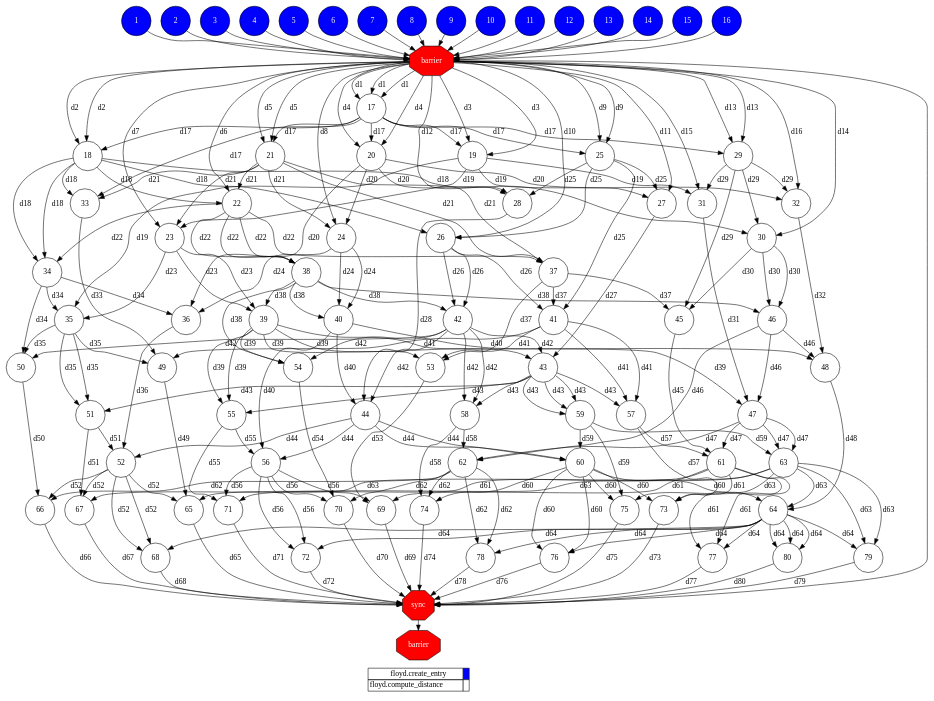
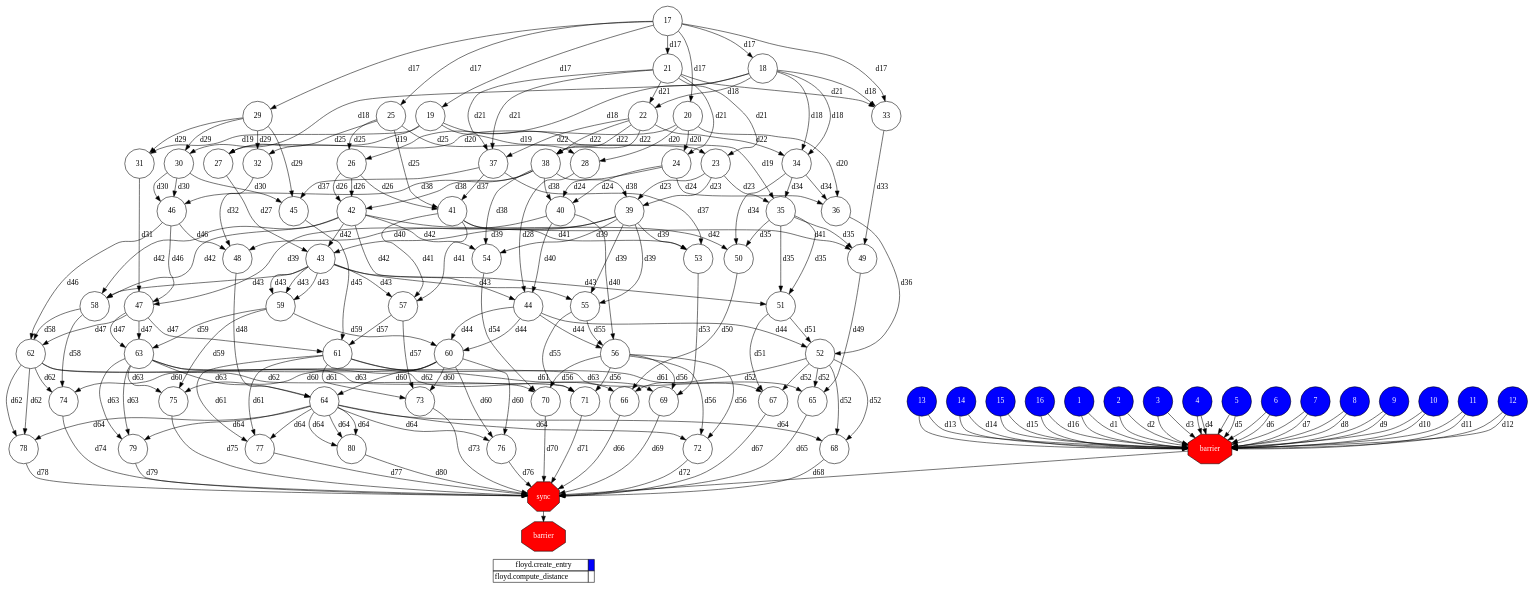
Before and after one commit to cristianrcv/pycompss-autoparallel: the diagram in examples/floyd/userparallel/results/local/complete_graph.dot, drawn with Graphviz. The commit also changed 12 other files, not shown here.

Commit message:
Add result checker on debug mode. Update graph and traces

```diff
--- a/examples/floyd/userparallel/results/local/complete_graph.dot
+++ b/examples/floyd/userparallel/results/local/complete_graph.dot
@@ -22,84 +22,76 @@
 15[shape=circle, style=filled fillcolor="#0000ff" fontcolor="#ffffff"];
 16[shape=circle, style=filled fillcolor="#0000ff" fontcolor="#ffffff"];
 Synchro1[label="barrier", shape=octagon, style=filled fillcolor="#ff0000" fontcolor="#FFFFFF"];
+13 -> Synchro1;
+10 -> Synchro1;
+9 -> Synchro1;
+4 -> Synchro1;
+2 -> Synchro1;
+16 -> Synchro1;
+1 -> Synchro1;
+7 -> Synchro1;
+3 -> Synchro1;
+11 -> Synchro1;
 6 -> Synchro1;
-11 -> Synchro1;
-3 -> Synchro1;
+8 -> Synchro1;
+15 -> Synchro1;
+5 -> Synchro1;
+12 -> Synchro1;
 14 -> Synchro1;
-4 -> Synchro1;
-16 -> Synchro1;
-2 -> Synchro1;
-5 -> Synchro1;
-7 -> Synchro1;
-1 -> Synchro1;
-15 -> Synchro1;
-10 -> Synchro1;
-13 -> Synchro1;
-8 -> Synchro1;
-9 -> Synchro1;
-12 -> Synchro1;
+1 -> Synchro1[ label="d1" ];
+2 -> Synchro1[ label="d2" ];
+3 -> Synchro1[ label="d3" ];
+4 -> Synchro1[ label="d4" ];
+5 -> Synchro1[ label="d5" ];
+6 -> Synchro1[ label="d6" ];
+7 -> Synchro1[ label="d7" ];
+8 -> Synchro1[ label="d8" ];
+9 -> Synchro1[ label="d9" ];
+10 -> Synchro1[ label="d10" ];
+11 -> Synchro1[ label="d11" ];
+12 -> Synchro1[ label="d12" ];
+13 -> Synchro1[ label="d13" ];
+14 -> Synchro1[ label="d14" ];
+15 -> Synchro1[ label="d15" ];
+16 -> Synchro1[ label="d16" ];
 17[shape=circle, style=filled fillcolor="#ffffff" fontcolor="#000000"];
-Synchro1 -> 17[ label="d1" ];
-Synchro1 -> 17[ label="d1" ];
-Synchro1 -> 17[ label="d1" ];
 18[shape=circle, style=filled fillcolor="#ffffff" fontcolor="#000000"];
-Synchro1 -> 18[ label="d2" ];
 17 -> 18[ label="d17" ];
-Synchro1 -> 18[ label="d2" ];
 19[shape=circle, style=filled fillcolor="#ffffff" fontcolor="#000000"];
-Synchro1 -> 19[ label="d3" ];
 17 -> 19[ label="d17" ];
-Synchro1 -> 19[ label="d3" ];
 20[shape=circle, style=filled fillcolor="#ffffff" fontcolor="#000000"];
-Synchro1 -> 20[ label="d4" ];
 17 -> 20[ label="d17" ];
-Synchro1 -> 20[ label="d4" ];
 21[shape=circle, style=filled fillcolor="#ffffff" fontcolor="#000000"];
-Synchro1 -> 21[ label="d5" ];
-Synchro1 -> 21[ label="d5" ];
 17 -> 21[ label="d17" ];
 22[shape=circle, style=filled fillcolor="#ffffff" fontcolor="#000000"];
-Synchro1 -> 22[ label="d6" ];
 21 -> 22[ label="d21" ];
 18 -> 22[ label="d18" ];
 23[shape=circle, style=filled fillcolor="#ffffff" fontcolor="#000000"];
-Synchro1 -> 23[ label="d7" ];
 21 -> 23[ label="d21" ];
 19 -> 23[ label="d19" ];
 24[shape=circle, style=filled fillcolor="#ffffff" fontcolor="#000000"];
-Synchro1 -> 24[ label="d8" ];
 21 -> 24[ label="d21" ];
 20 -> 24[ label="d20" ];
 25[shape=circle, style=filled fillcolor="#ffffff" fontcolor="#000000"];
-Synchro1 -> 25[ label="d9" ];
-Synchro1 -> 25[ label="d9" ];
 17 -> 25[ label="d17" ];
 26[shape=circle, style=filled fillcolor="#ffffff" fontcolor="#000000"];
-Synchro1 -> 26[ label="d10" ];
 25 -> 26[ label="d25" ];
 18 -> 26[ label="d18" ];
 27[shape=circle, style=filled fillcolor="#ffffff" fontcolor="#000000"];
-Synchro1 -> 27[ label="d11" ];
 25 -> 27[ label="d25" ];
 19 -> 27[ label="d19" ];
 28[shape=circle, style=filled fillcolor="#ffffff" fontcolor="#000000"];
-Synchro1 -> 28[ label="d12" ];
 25 -> 28[ label="d25" ];
 20 -> 28[ label="d20" ];
 29[shape=circle, style=filled fillcolor="#ffffff" fontcolor="#000000"];
-Synchro1 -> 29[ label="d13" ];
-Synchro1 -> 29[ label="d13" ];
 17 -> 29[ label="d17" ];
 30[shape=circle, style=filled fillcolor="#ffffff" fontcolor="#000000"];
-Synchro1 -> 30[ label="d14" ];
 29 -> 30[ label="d29" ];
 18 -> 30[ label="d18" ];
 31[shape=circle, style=filled fillcolor="#ffffff" fontcolor="#000000"];
-Synchro1 -> 31[ label="d15" ];
 29 -> 31[ label="d29" ];
 19 -> 31[ label="d19" ];
 32[shape=circle, style=filled fillcolor="#ffffff" fontcolor="#000000"];
-Synchro1 -> 32[ label="d16" ];
 29 -> 32[ label="d29" ];
 20 -> 32[ label="d20" ];
 33[shape=circle, style=filled fillcolor="#ffffff" fontcolor="#000000"];
```
